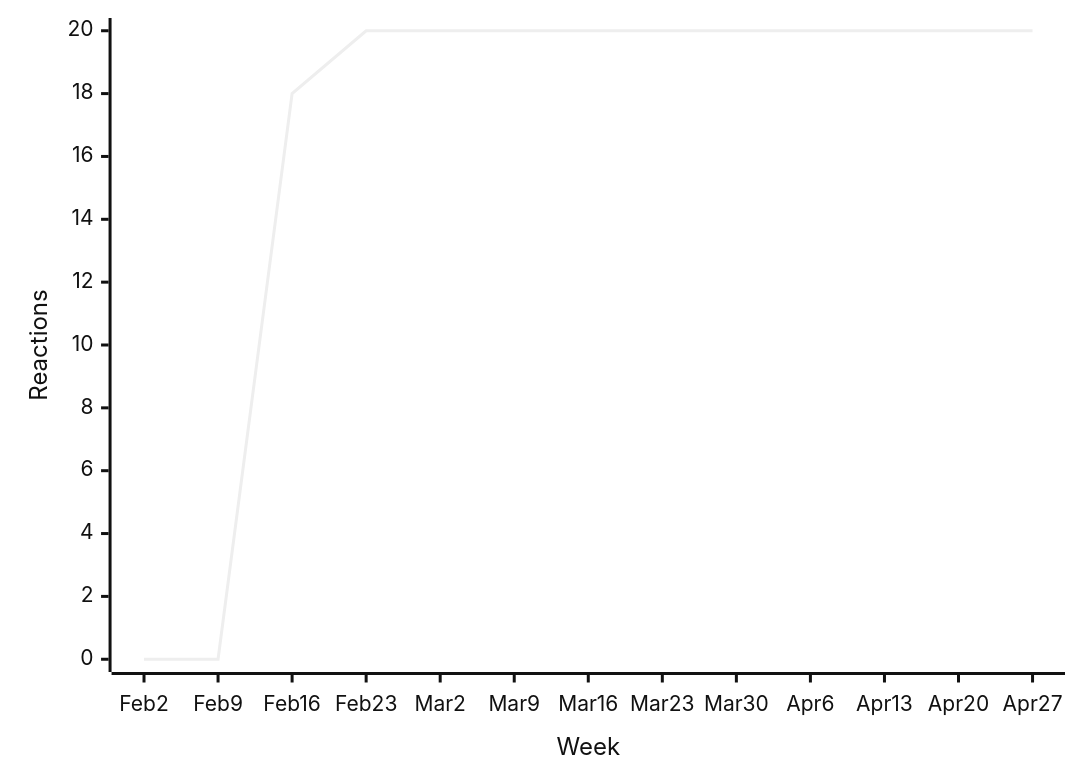
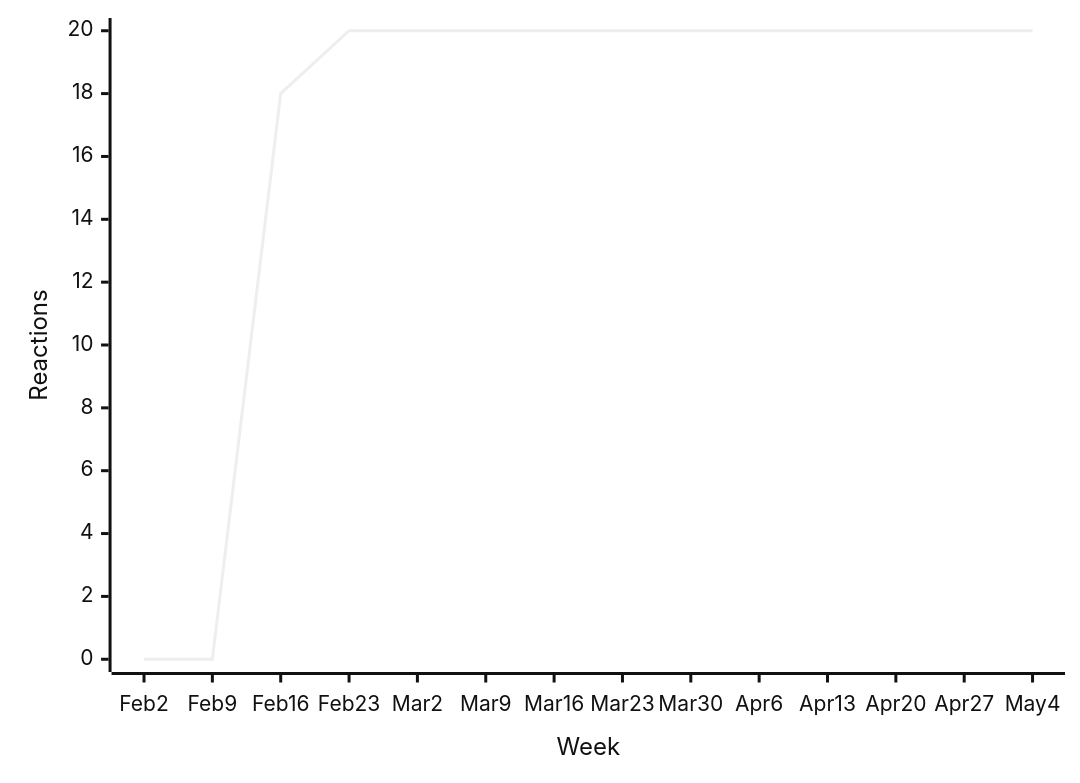
One commit to loic-sharma/github-insights changed the eighth of 56 diagrams in README.md. Above: the diagram before and after it, drawn with Mermaid (neutral theme). The commit also changed other lines of this file and 3 other files, not shown here.

````diff
--- a/README.md
+++ b/README.md
@@ -458,6 +458,6 @@
   ```mermaid
   xychart-beta
-    x-axis "Week" [Feb 2, Feb 9, Feb 16, Feb 23, Mar 2, Mar 9, Mar 16, Mar 23, Mar 30, Apr 6, Apr 13, Apr 20, Apr 27]
+    x-axis "Week" [Feb 2, Feb 9, Feb 16, Feb 23, Mar 2, Mar 9, Mar 16, Mar 23, Mar 30, Apr 6, Apr 13, Apr 20, Apr 27, May 4]
     y-axis "Reactions" 0 --> 20
-    line [0, 0, 18, 20, 20, 20, 20, 20, 20, 20, 20, 20, 20]
+    line [0, 0, 18, 20, 20, 20, 20, 20, 20, 20, 20, 20, 20, 20]
   ```
````
